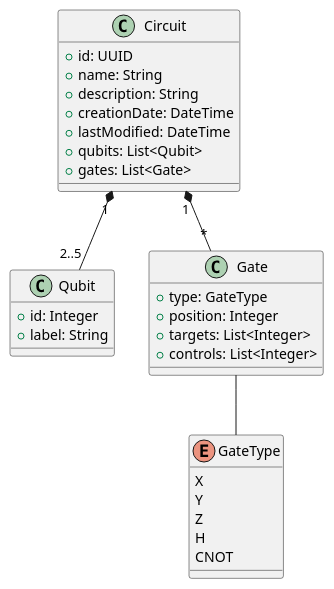
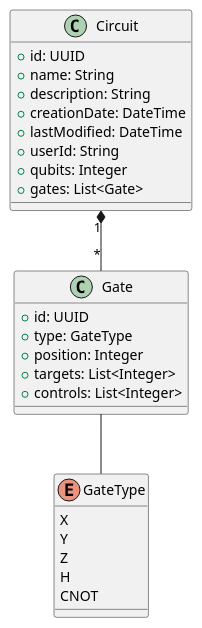
One commit to snark87/vibe-coding-experiment changed the eighth of 11 diagrams in docs/high_level_architecture.md. Above: the diagram before and after it, drawn with PlantUML. The commit also changed other lines of this file and 1 other file, not shown here.

First line of the commit message:
docs: Address review comments in high-level architecture document

````diff
--- a/docs/high_level_architecture.md
+++ b/docs/high_level_architecture.md
@@ -268,37 +343,33 @@
 ```puml
 @startuml
 class Circuit {
   +id: UUID
   +name: String
   +description: String
   +creationDate: DateTime
   +lastModified: DateTime
-  +qubits: List<Qubit>
+  +userId: String
+  +qubits: Integer
   +gates: List<Gate>
 }
 
-class Qubit {
-  +id: Integer
-  +label: String
-}
-
 class Gate {
+  +id: UUID
   +type: GateType
   +position: Integer
   +targets: List<Integer>
   +controls: List<Integer>
 }
 
 enum GateType {
   X
   Y
   Z
   H
   CNOT
 }
 
-Circuit "1" *-- "2..5" Qubit
 Circuit "1" *-- "*" Gate
 Gate -- GateType
 @enduml
 ```
````
